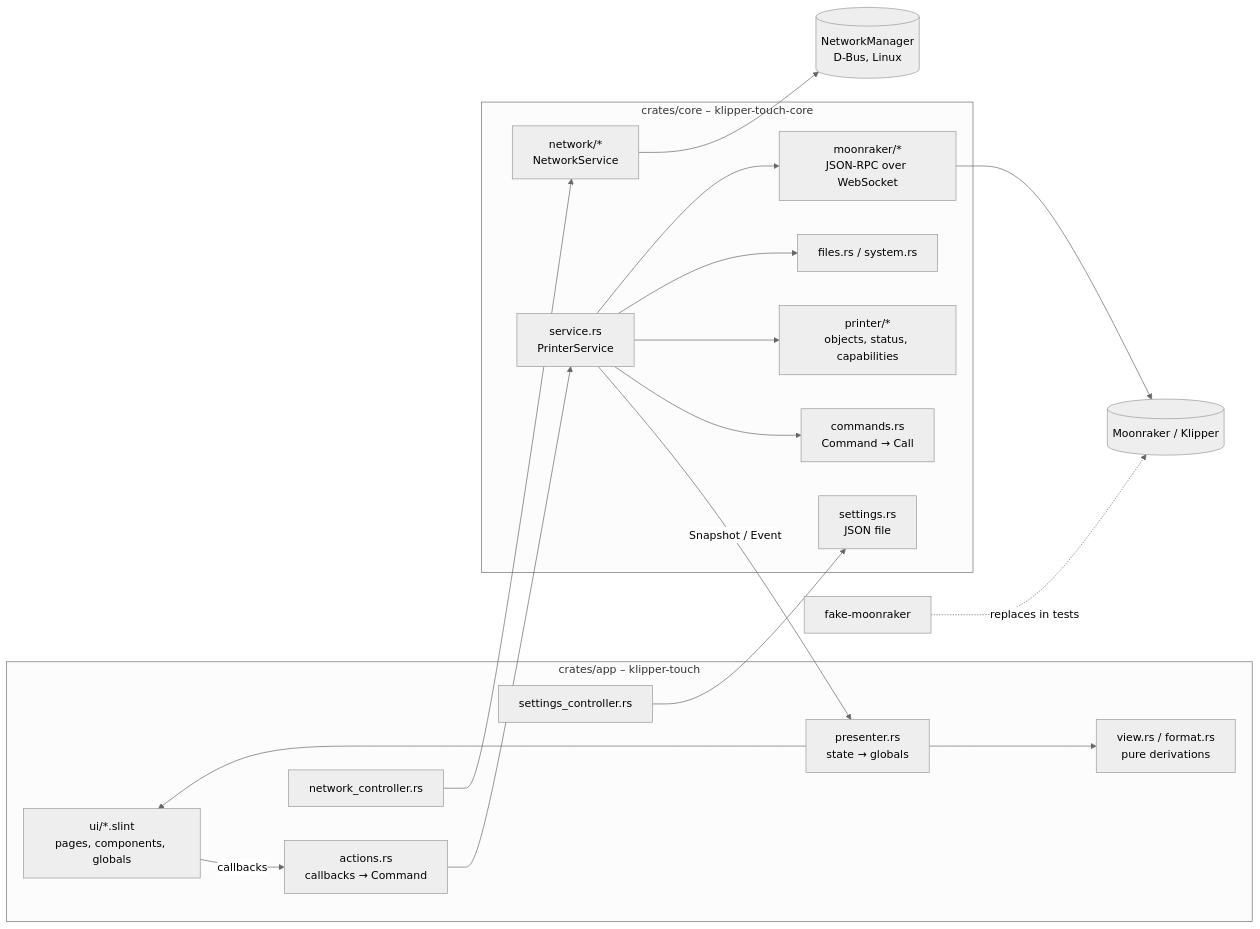
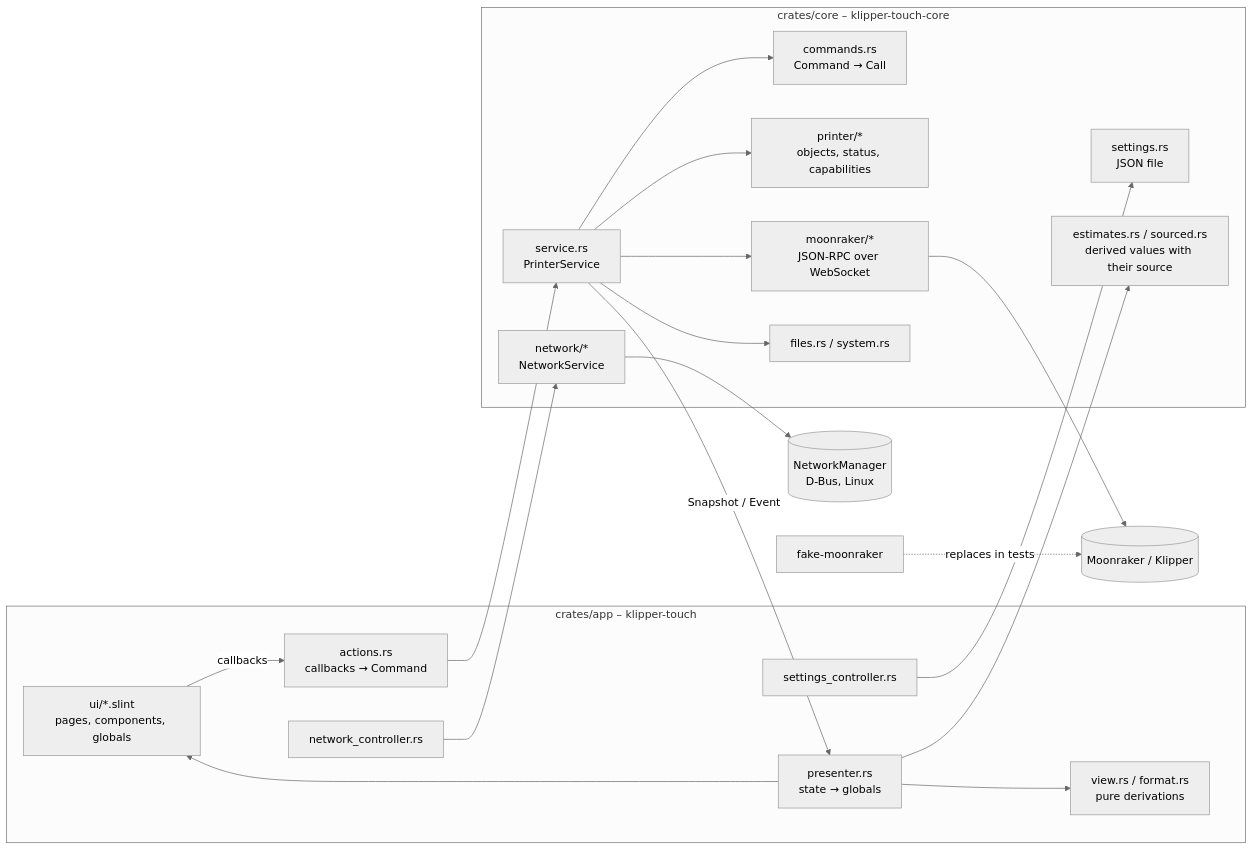
One commit to freakydude/klipper-touch changed the diagram in docs/architecture.md. Above: the diagram before and after it, drawn with Mermaid (neutral theme). The commit also changed other lines of this file and 32 other files, not shown here.

````diff
--- a/docs/architecture.md
+++ b/docs/architecture.md
@@ -9,34 +9,36 @@
 ```mermaid
 flowchart LR
     subgraph app [crates/app – klipper-touch]
         UI[ui/*.slint<br/>pages, components, globals]
         P[presenter.rs<br/>state → globals]
         A[actions.rs<br/>callbacks → Command]
         S[settings_controller.rs]
         N[network_controller.rs]
         V[view.rs / format.rs<br/>pure derivations]
     end
     subgraph core [crates/core – klipper-touch-core]
         SVC[service.rs<br/>PrinterService]
         CMD[commands.rs<br/>Command → Call]
         PR[printer/*<br/>objects, status, capabilities]
         MR[moonraker/*<br/>JSON-RPC over WebSocket]
         SET[settings.rs<br/>JSON file]
         FS[files.rs / system.rs]
+        EST[estimates.rs / sourced.rs<br/>derived values with their source]
         NET[network/*<br/>NetworkService]
     end
     M[(Moonraker / Klipper)]
     F[fake-moonraker]
     NM[(NetworkManager<br/>D-Bus, Linux)]
 
     UI -- callbacks --> A --> SVC
     SVC -- Snapshot / Event --> P --> UI
     P --> V
     S --> SET
     SVC --> CMD
     SVC --> PR
     SVC --> FS
+    P --> EST
     SVC --> MR --> M
     F -. replaces in tests .-> M
     N --> NET --> NM
 ```
````
